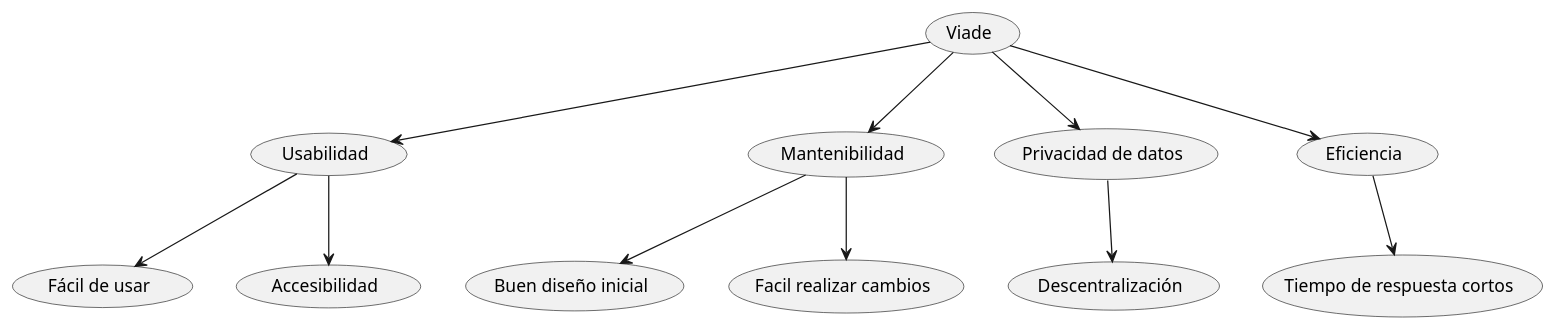
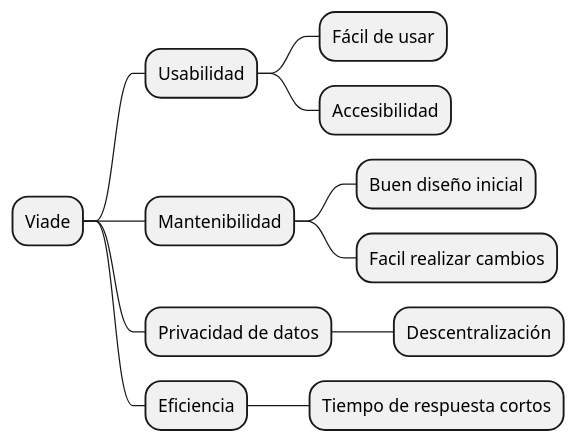
Before and after one commit to Arquisoft/viade_es1a: the diagram in src/docs/10_quality_scenarios.adoc, drawn with PlantUML.

Commit message:
Cambios en el diagrama del punto 10.1

```diff
--- a/src/docs/10_quality_scenarios.adoc
+++ b/src/docs/10_quality_scenarios.adoc
@@ -5,21 +5,18 @@
 [plantuml,calidad,png]
 ----
-@startuml
+@startmindmap
 
-(Viade)--> (Usabilidad)
-(Viade)--> (Mantenibilidad)
-(Viade)--> (Privacidad de datos)
-(Viade)--> (Eficiencia)
+* Viade
+** Usabilidad
+*** Fácil de usar
+*** Accesibilidad
+** Mantenibilidad
+*** Buen diseño inicial
+*** Facil realizar cambios
+** Privacidad de datos
+*** Descentralización
+** Eficiencia
+*** Tiempo de respuesta cortos
 
-(Usabilidad) --> (Fácil de usar)
-(Usabilidad) --> (Accesibilidad)
-
-(Mantenibilidad) --> (Buen diseño inicial)
-(Mantenibilidad) --> (Facil realizar cambios)
-
-(Privacidad de datos) --> (Descentralización)
-
-(Eficiencia) --> (Tiempo de respuesta cortos)
-
-@enduml
+@endmindmap
 ----
```
